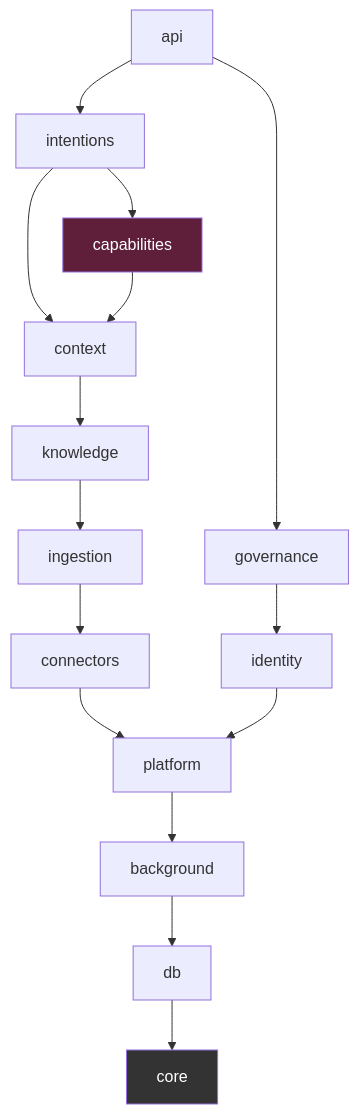
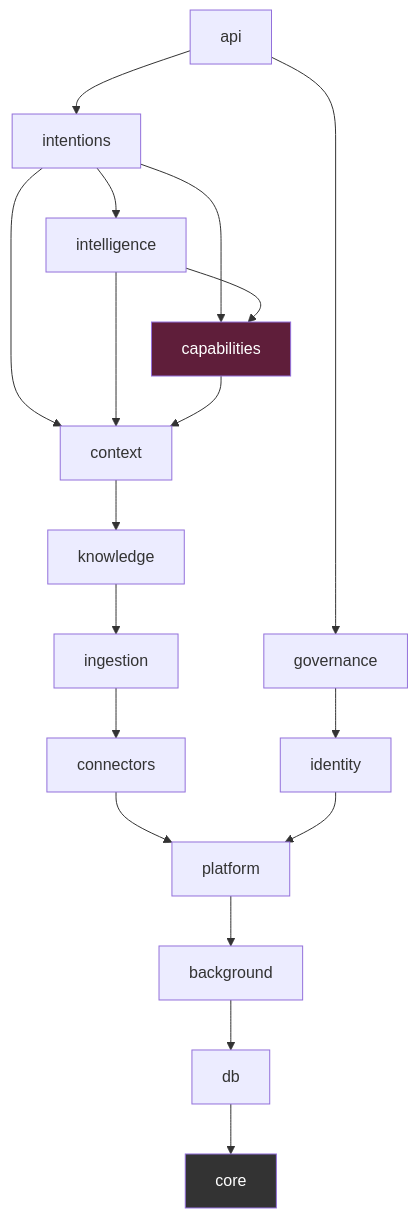
One commit to Haitam-elh/Leka changed the second of 6 diagrams in docs/architecture.md. Above: the diagram before and after it, drawn with Mermaid. The commit also changed other lines of this file and 2 other files, not shown here.

Commit message:
docs(intelligence): the engine, its analyses, how it fails, how to add one [LEKA-377]

````diff
--- a/docs/architecture.md
+++ b/docs/architecture.md
@@ -114,20 +115,23 @@
 ```mermaid
 flowchart TD
     API[api] --> INT[intentions]
     API --> GOV[governance]
+    INT --> INTEL[intelligence]
     INT --> CTX[context]
     INT --> CAP[capabilities]
+    INTEL --> CAP
+    INTEL --> CTX
     CTX --> KNOW[knowledge]
     CAP --> CTX
     KNOW --> ING[ingestion]
     ING --> CONN[connectors]
     CONN --> PLAT[platform]
     GOV --> IDENT[identity]
     IDENT --> PLAT
     PLAT --> BG[background]
     BG --> DB[db]
     DB --> CORE[core]
 
     style CORE fill:#333,color:#fff
     style CAP fill:#5f1e3a,color:#fff
 ```
````
